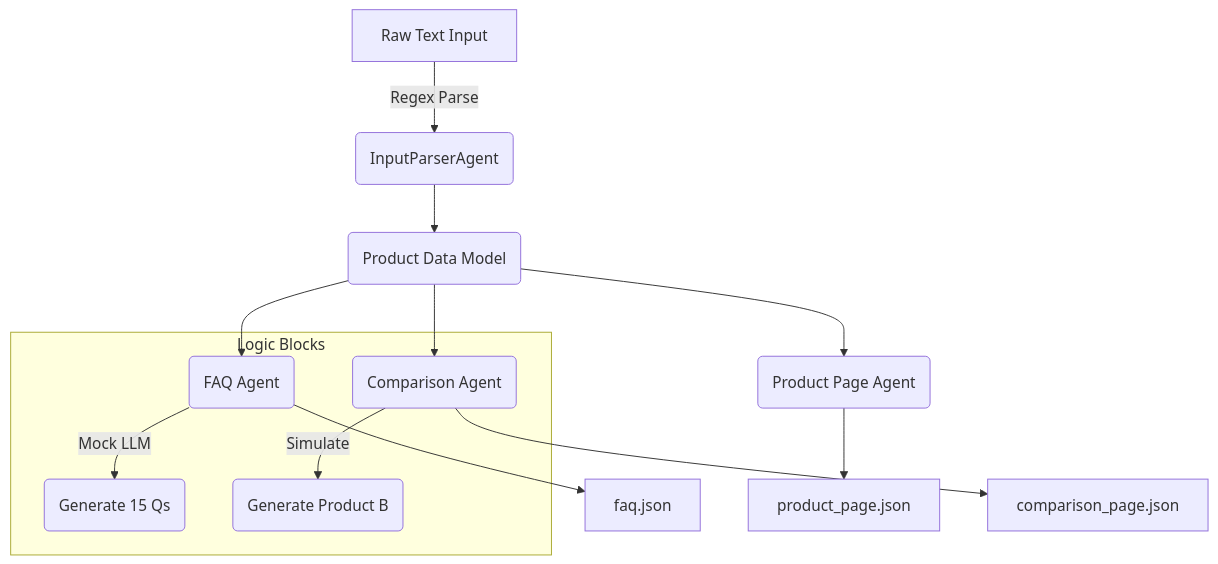
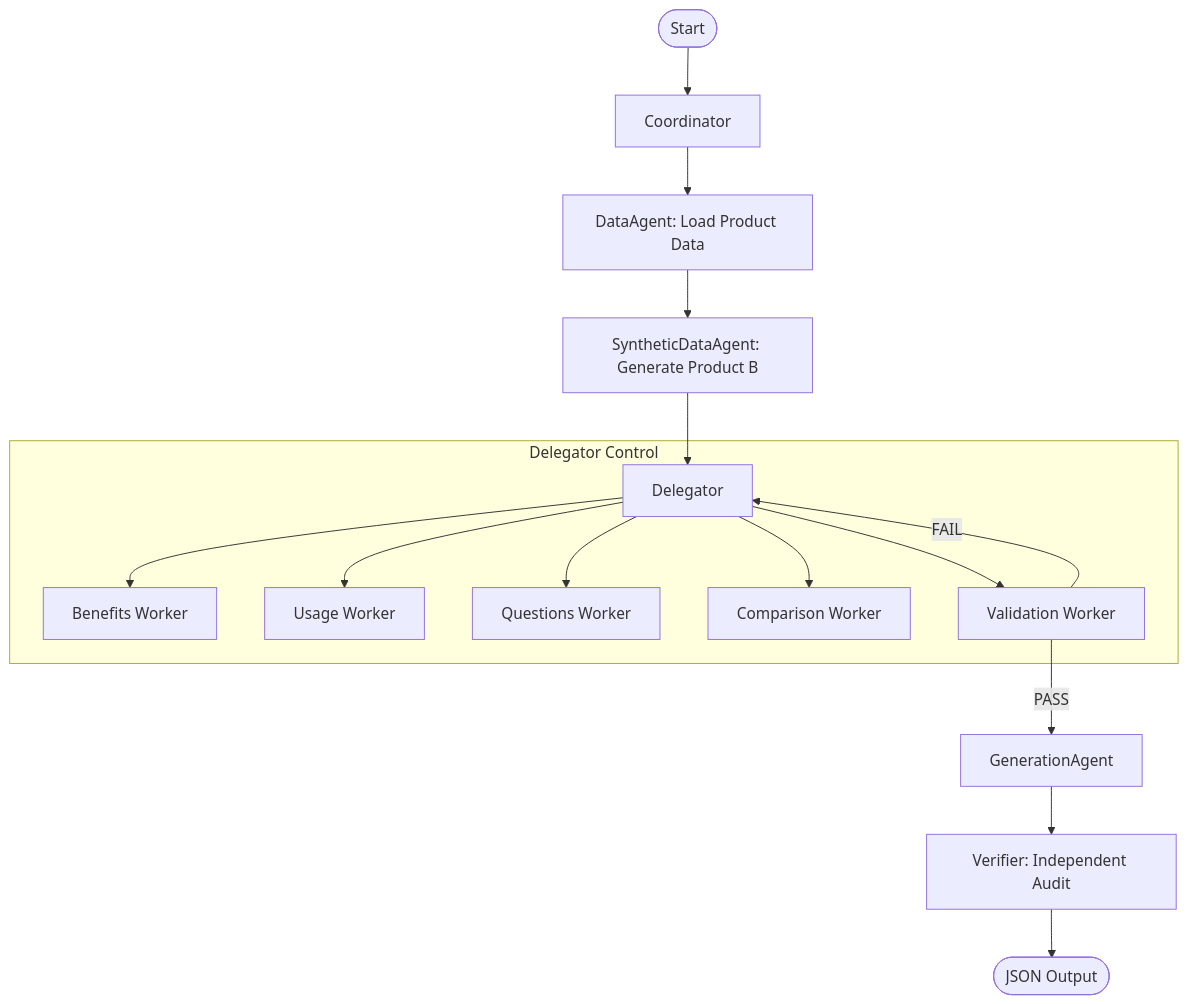
Before and after one commit to Sarvagya1212/kasparro-agentic-sarvagya-jain: the first of 2 diagrams in docs/projectdocumentation.md, drawn with Mermaid. The commit also changed other lines of this file, not shown here.

Commit message:
docs: Update projectdocumentation.md with current CWD architecture

````diff
--- a/docs/projectdocumentation.md
+++ b/docs/projectdocumentation.md
@@ -82,18 +48,21 @@
 ```mermaid
 graph TD
-    Raw[Raw Text Input] -->|Regex Parse| Parser(InputParserAgent)
-    Parser --> Model(Product Data Model)
+    Start([Start]) --> Coordinator
+    Coordinator --> DataAgent[DataAgent: Load Product Data]
+    DataAgent --> SyntheticAgent[SyntheticDataAgent: Generate Product B]
+    SyntheticAgent --> Delegator
     
-    Model --> FAQ(FAQ Agent)
-    Model --> Desc(Product Page Agent)
-    Model --> Comp(Comparison Agent)
-    
-    subgraph "Logic Blocks"
-        FAQ -->|Mock LLM| QGen(Generate 15 Qs)
-        Comp -->|Simulate| Rival(Generate Product B)
+    subgraph "Delegator Control"
+        Delegator --> BenefitsWorker[Benefits Worker]
+        Delegator --> UsageWorker[Usage Worker]
+        Delegator --> QuestionsWorker[Questions Worker]
+        Delegator --> ComparisonWorker[Comparison Worker]
+        Delegator --> ValidationWorker[Validation Worker]
     end
     
-    FAQ --> JSON1[faq.json]
-    Desc --> JSON2[product_page.json]
-    Comp --> JSON3[comparison_page.json]
+    ValidationWorker -->|PASS| GenerationAgent
+    ValidationWorker -->|FAIL| Delegator
+    
+    GenerationAgent --> VerifierAgent[Verifier: Independent Audit]
+    VerifierAgent --> Output([JSON Output])
 ```
````
